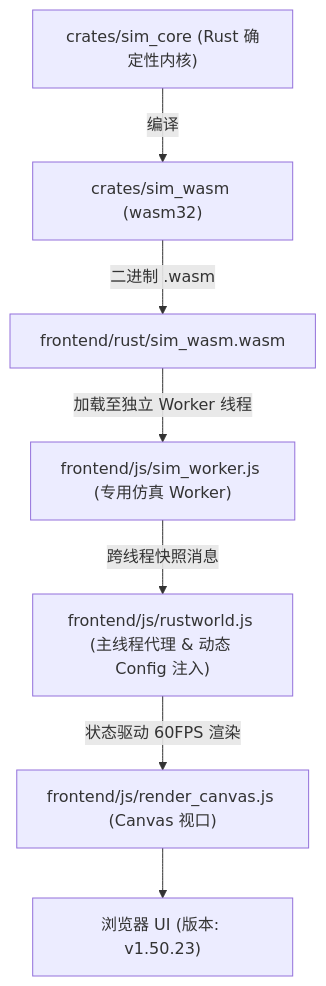
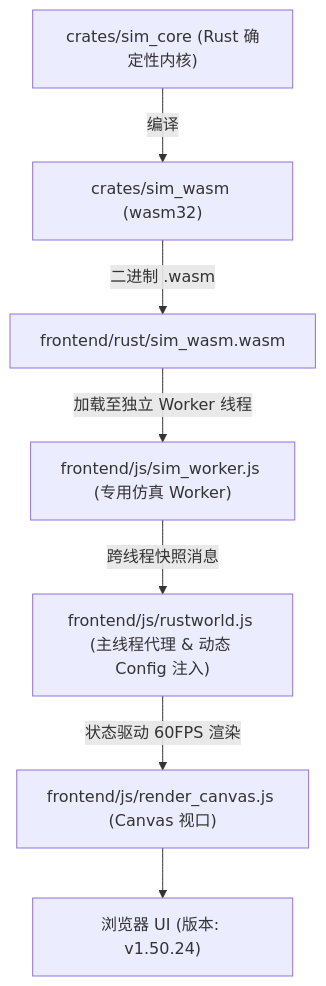
The diagram in AGENTS.md (g39088902/FlowAndAccord), drawn with Mermaid before and after one commit. The commit also changed other lines of this file and 18 other files, not shown here.

````diff
--- a/AGENTS.md
+++ b/AGENTS.md
@@ -62,9 +62,9 @@
 ```mermaid
 graph TD
     A["crates/sim_core (Rust 确定性内核)"] -->|编译| B["crates/sim_wasm (wasm32)"]
     B -->|二进制 .wasm| C["frontend/rust/sim_wasm.wasm"]
     C -->|加载至独立 Worker 线程| D["frontend/js/sim_worker.js (专用仿真 Worker)"]
     D -->|跨线程快照消息| E["frontend/js/rustworld.js (主线程代理 & 动态 Config 注入)"]
     E -->|状态驱动 60FPS 渲染| F["frontend/js/render_canvas.js (Canvas 视口)"]
-    F --> G["浏览器 UI (版本: v1.50.23)"]
+    F --> G["浏览器 UI (版本: v1.50.24)"]
 ```
````
